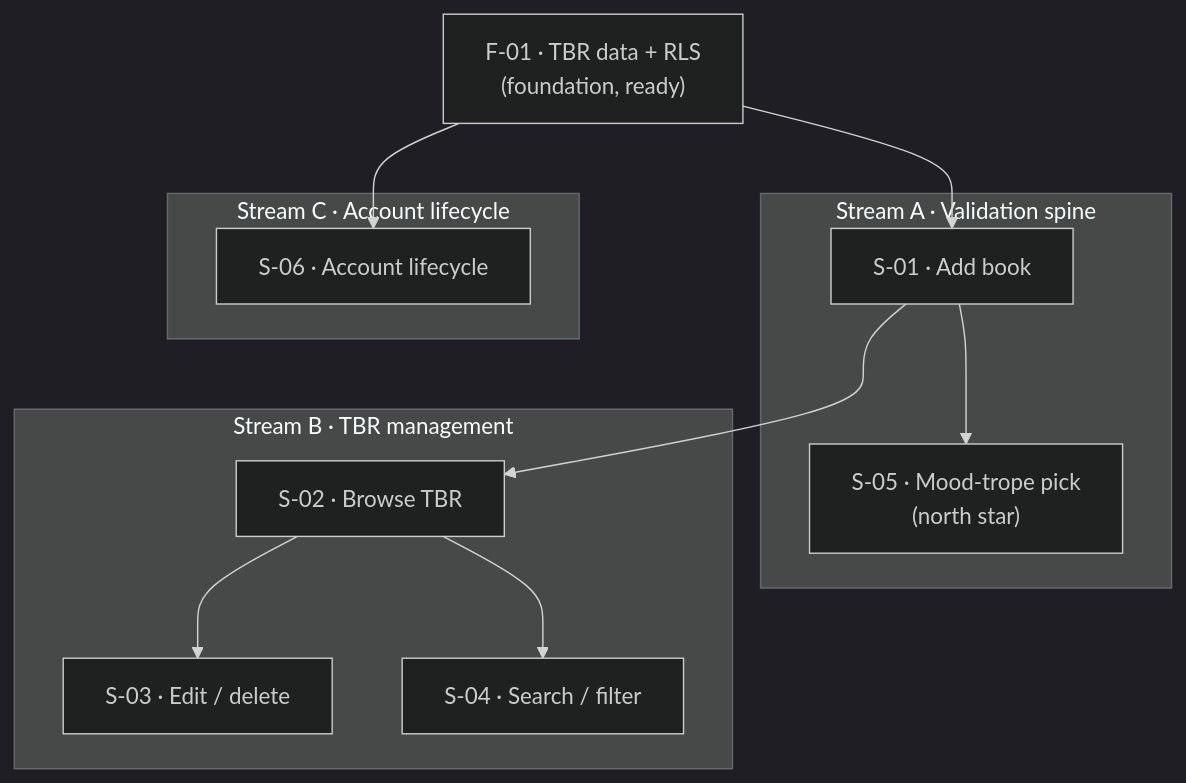
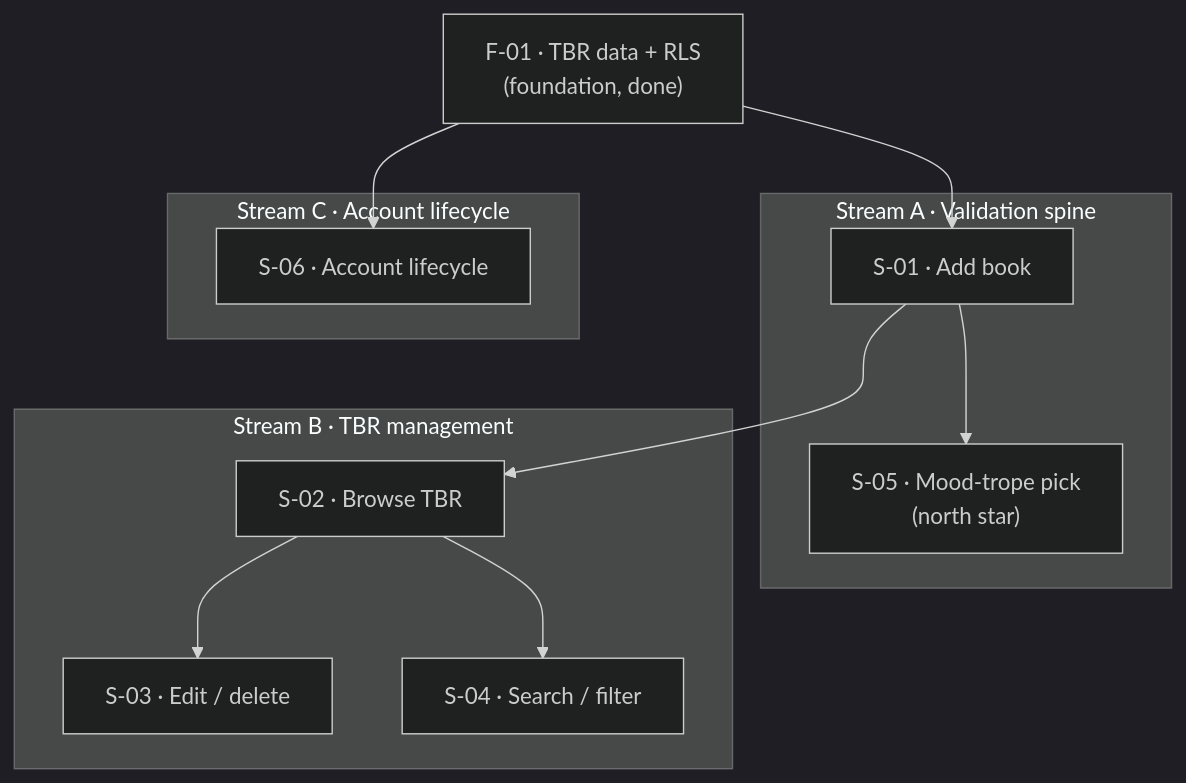
The diagram in context/foundation/roadmap.md (passiflora-nr/smart-tbr), drawn with Mermaid (dark theme) before and after one commit. The commit also changed other lines of this file and 5 other files, not shown here.

First line of the commit message:
chore(archive): close tbr-data-and-isolation

````diff
--- a/context/foundation/roadmap.md
+++ b/context/foundation/roadmap.md
@@ -54,26 +56,26 @@
 ```mermaid
 flowchart TB
-  F01["F-01 · TBR data + RLS<br/>(foundation, ready)"]
+  F01["F-01 · TBR data + RLS<br/>(foundation, done)"]
 
   subgraph A["Stream A · Validation spine"]
     S01["S-01 · Add book"]
     S05["S-05 · Mood-trope pick<br/>(north star)"]
   end
 
   subgraph B["Stream B · TBR management"]
     S02["S-02 · Browse TBR"]
     S03["S-03 · Edit / delete"]
     S04["S-04 · Search / filter"]
   end
 
   subgraph C["Stream C · Account lifecycle"]
     S06["S-06 · Account lifecycle"]
   end
 
   F01 --> S01
   F01 --> S06
   S01 --> S05
   S01 --> S02
   S02 --> S03
   S02 --> S04
 ```
````
